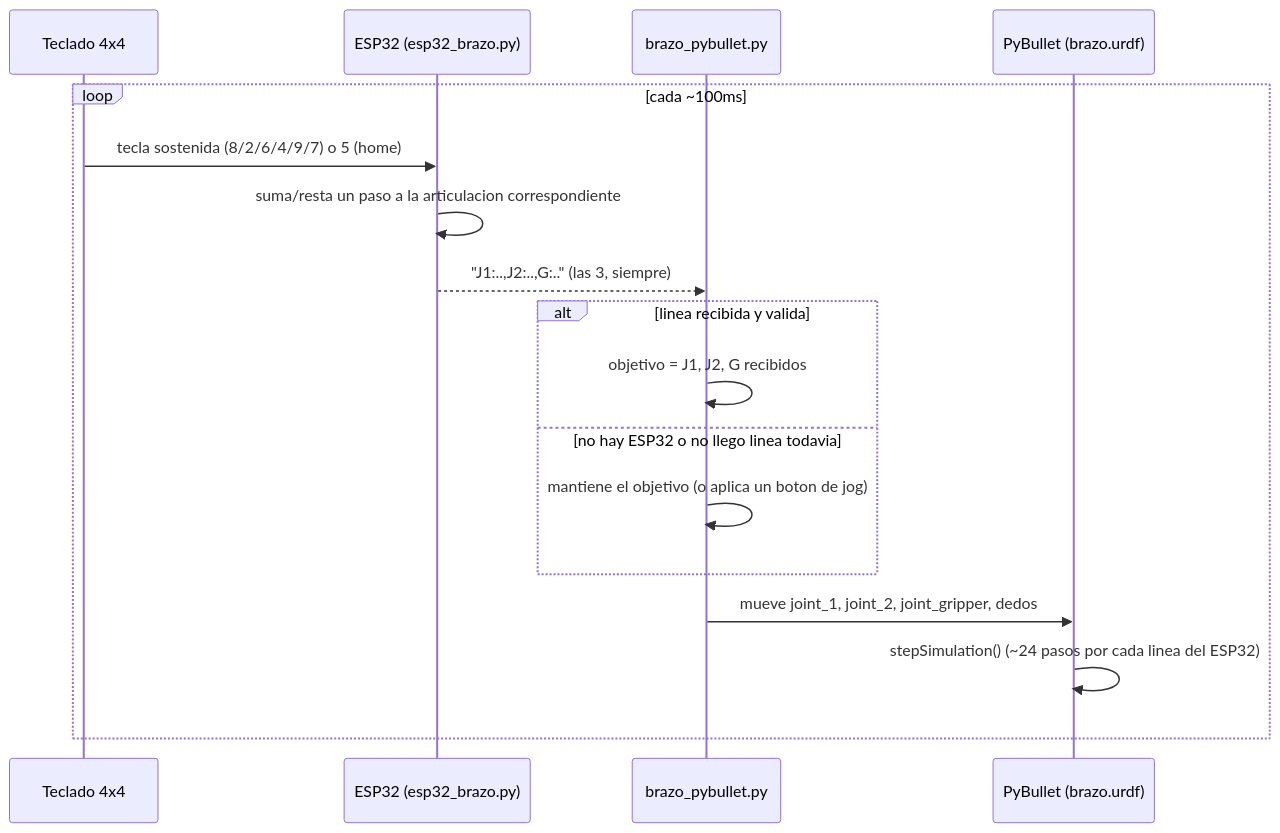
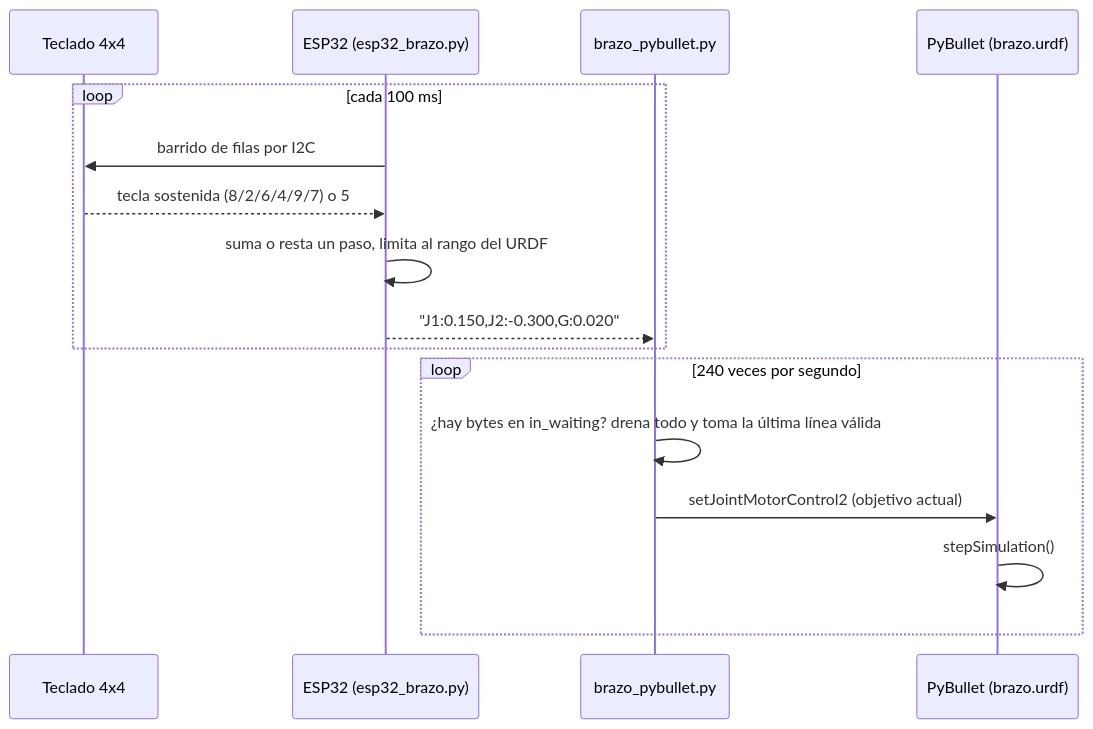
One commit to Dathinel/Sensores-Teoria changed the third of 3 diagrams in 7-brazo-robotico-urdf/README.md. Above: the diagram before and after it, drawn with Mermaid. The commit also changed other lines of this file and 154 other files, not shown here.

````diff
--- a/7-brazo-robotico-urdf/README.md
+++ b/7-brazo-robotico-urdf/README.md
@@ -56,20 +135,19 @@
 ```mermaid
 sequenceDiagram
-    participant Teclado as Teclado 4x4
-    participant ESP as ESP32 (esp32_brazo.py)
-    participant PC as brazo_pybullet.py
-    participant Sim as PyBullet (brazo.urdf)
+    participant T as Teclado 4x4
+    participant E as ESP32 (esp32_brazo.py)
+    participant P as brazo_pybullet.py
+    participant S as PyBullet (brazo.urdf)
 
-    loop cada ~100ms
-        Teclado->>ESP: tecla sostenida (8/2/6/4/9/7) o 5 (home)
-        ESP->>ESP: suma/resta un paso a la articulacion correspondiente
-        ESP-->>PC: "J1:..,J2:..,G:.." (las 3, siempre)
-        alt linea recibida y valida
-            PC->>PC: objetivo = J1, J2, G recibidos
-        else no hay ESP32 o no llego linea todavia
-            PC->>PC: mantiene el objetivo (o aplica un boton de jog)
-        end
-        PC->>Sim: mueve joint_1, joint_2, joint_gripper, dedos
-        Sim->>Sim: stepSimulation() (~24 pasos por cada linea del ESP32)
+    loop cada 100 ms
+        E->>T: barrido de filas por I2C
+        T-->>E: tecla sostenida (8/2/6/4/9/7) o 5
+        E->>E: suma o resta un paso, limita al rango del URDF
+        E-->>P: "J1:0.150,J2:-0.300,G:0.020"
+    end
+    loop 240 veces por segundo
+        P->>P: ¿hay bytes en in_waiting? drena todo y toma la última línea válida
+        P->>S: setJointMotorControl2 (objetivo actual)
+        S->>S: stepSimulation()
     end
 ```
````
